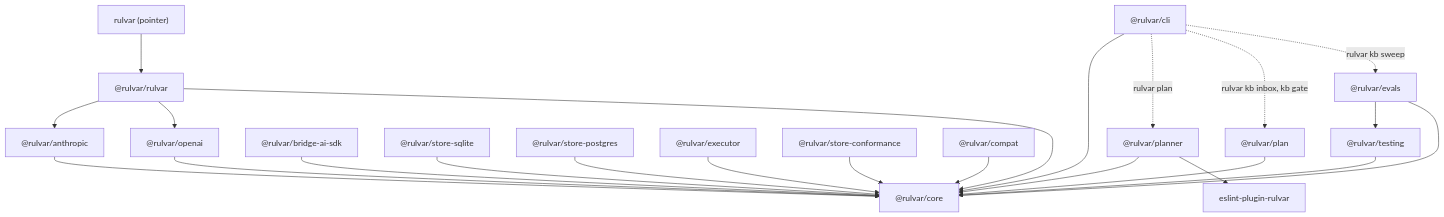
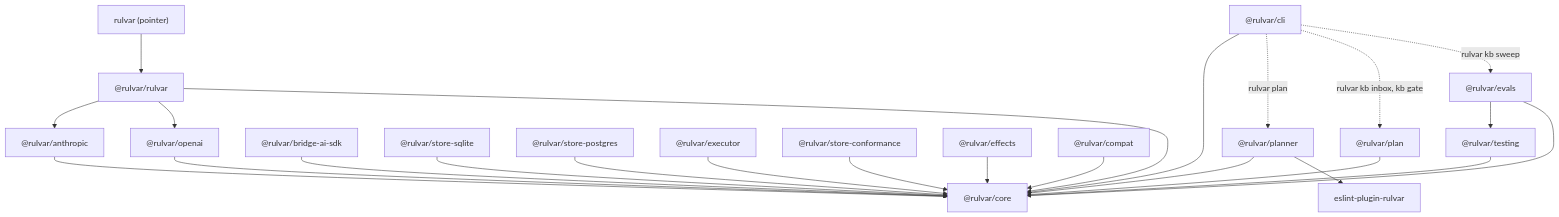
Before and after one commit to o-stepper/rulvar: the diagram in docs/reference/packages.md, drawn with Mermaid. The commit also changed other lines of this file and 45 other files, not shown here.

````diff
--- a/docs/reference/packages.md
+++ b/docs/reference/packages.md
@@ -84,25 +85,26 @@
 ```mermaid
 graph TD
   pointer["rulvar (pointer)"] --> umbrella["@rulvar/rulvar"]
   umbrella --> anthropic["@rulvar/anthropic"]
   umbrella --> openai["@rulvar/openai"]
   umbrella --> core["@rulvar/core"]
   anthropic --> core
   openai --> core
   bridge["@rulvar/bridge-ai-sdk"] --> core
   sqlite["@rulvar/store-sqlite"] --> core
   postgres["@rulvar/store-postgres"] --> core
   executor["@rulvar/executor"] --> core
   conformance["@rulvar/store-conformance"] --> core
+  effects["@rulvar/effects"] --> core
   compat["@rulvar/compat"] --> core
   plan["@rulvar/plan"] --> core
   planner["@rulvar/planner"] --> core
   planner --> eslintPlugin["eslint-plugin-rulvar"]
   testing["@rulvar/testing"] --> core
   evals["@rulvar/evals"] --> testing
   evals --> core
   cli["@rulvar/cli"] --> core
   cli -.->|"rulvar plan"| planner
   cli -.->|"rulvar kb inbox, kb gate"| plan
   cli -.->|"rulvar kb sweep"| evals
 ```
````
